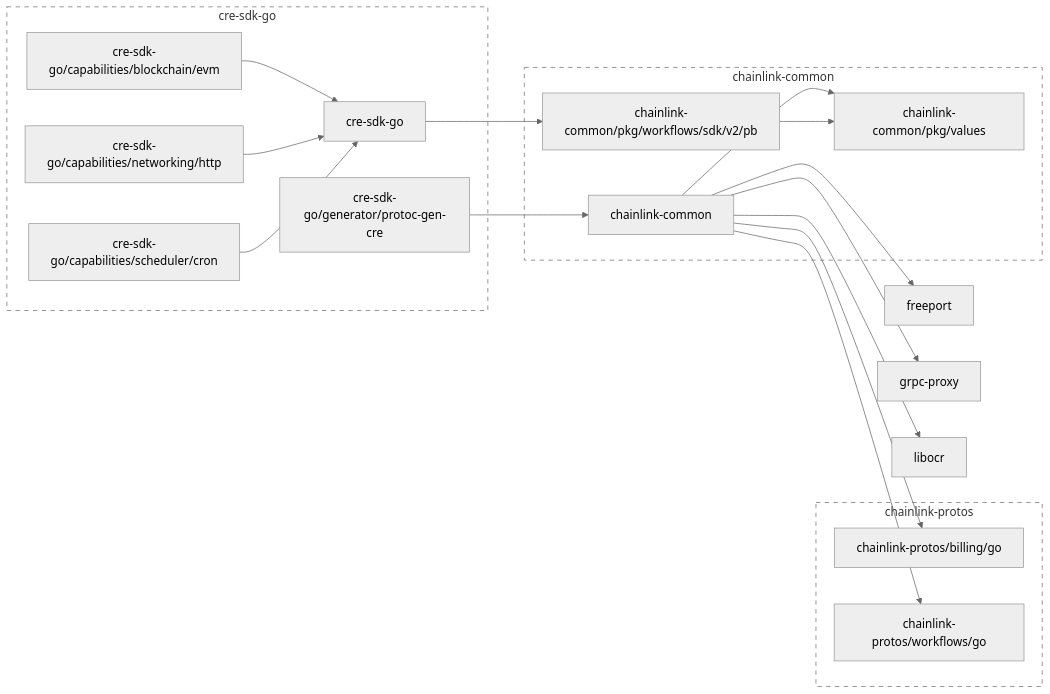
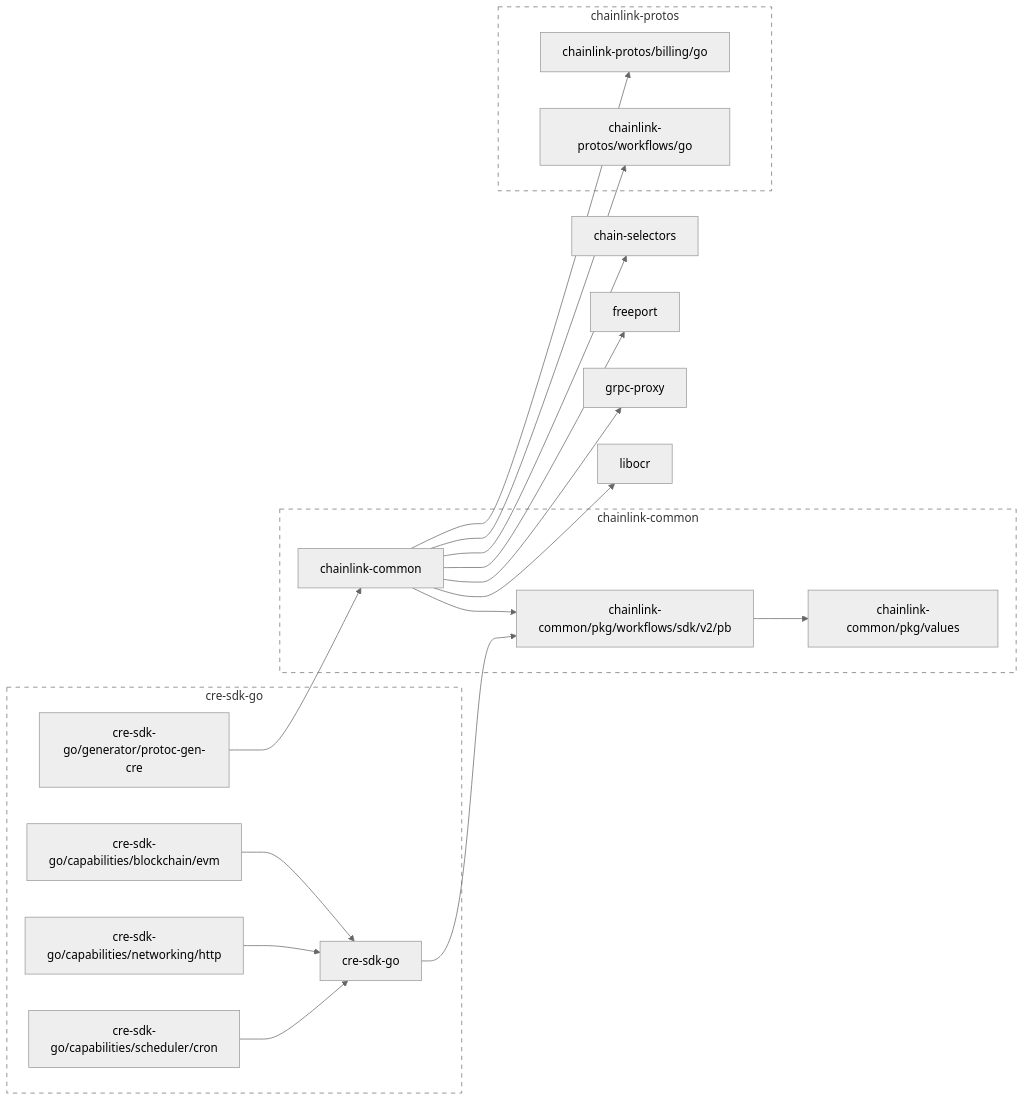
Before and after one commit to smartcontractkit/cre-sdk-go: the diagram in go.md, drawn with Mermaid (neutral theme). The commit also changed 24 other files, not shown here.

````diff
--- a/go.md
+++ b/go.md
@@ -2,60 +2,63 @@
 ```mermaid
 flowchart LR
 
-	chainlink-common --> chainlink-common/pkg/values
+	chain-selectors
+	click chain-selectors href "https://github.com/smartcontractkit/chain-selectors"
+	chainlink-common --> chain-selectors
+	chainlink-common --> chainlink-common/pkg/workflows/sdk/v2/pb
 	chainlink-common --> chainlink-protos/billing/go
 	chainlink-common --> chainlink-protos/workflows/go
 	chainlink-common --> freeport
 	chainlink-common --> grpc-proxy
 	chainlink-common --> libocr
 	click chainlink-common href "https://github.com/smartcontractkit/chainlink-common"
 	chainlink-common/pkg/values
 	click chainlink-common/pkg/values href "https://github.com/smartcontractkit/chainlink-common"
 	chainlink-common/pkg/workflows/sdk/v2/pb --> chainlink-common/pkg/values
 	click chainlink-common/pkg/workflows/sdk/v2/pb href "https://github.com/smartcontractkit/chainlink-common"
 	chainlink-protos/billing/go
 	click chainlink-protos/billing/go href "https://github.com/smartcontractkit/chainlink-protos"
 	chainlink-protos/workflows/go
 	click chainlink-protos/workflows/go href "https://github.com/smartcontractkit/chainlink-protos"
 	cre-sdk-go --> chainlink-common/pkg/workflows/sdk/v2/pb
 	click cre-sdk-go href "https://github.com/smartcontractkit/cre-sdk-go"
 	cre-sdk-go/capabilities/blockchain/evm --> cre-sdk-go
 	click cre-sdk-go/capabilities/blockchain/evm href "https://github.com/smartcontractkit/cre-sdk-go"
 	cre-sdk-go/capabilities/networking/http --> cre-sdk-go
 	click cre-sdk-go/capabilities/networking/http href "https://github.com/smartcontractkit/cre-sdk-go"
 	cre-sdk-go/capabilities/scheduler/cron --> cre-sdk-go
 	click cre-sdk-go/capabilities/scheduler/cron href "https://github.com/smartcontractkit/cre-sdk-go"
 	cre-sdk-go/generator/protoc-gen-cre --> chainlink-common
 	click cre-sdk-go/generator/protoc-gen-cre href "https://github.com/smartcontractkit/cre-sdk-go"
 	freeport
 	click freeport href "https://github.com/smartcontractkit/freeport"
 	grpc-proxy
 	click grpc-proxy href "https://github.com/smartcontractkit/grpc-proxy"
 	libocr
 	click libocr href "https://github.com/smartcontractkit/libocr"
 
 	subgraph chainlink-common-repo[chainlink-common]
 		 chainlink-common
 		 chainlink-common/pkg/values
 		 chainlink-common/pkg/workflows/sdk/v2/pb
 	end
 	click chainlink-common-repo href "https://github.com/smartcontractkit/chainlink-common"
 
 	subgraph chainlink-protos-repo[chainlink-protos]
 		 chainlink-protos/billing/go
 		 chainlink-protos/workflows/go
 	end
 	click chainlink-protos-repo href "https://github.com/smartcontractkit/chainlink-protos"
 
 	subgraph cre-sdk-go-repo[cre-sdk-go]
 		 cre-sdk-go
 		 cre-sdk-go/capabilities/blockchain/evm
 		 cre-sdk-go/capabilities/networking/http
 		 cre-sdk-go/capabilities/scheduler/cron
 		 cre-sdk-go/generator/protoc-gen-cre
 	end
 	click cre-sdk-go-repo href "https://github.com/smartcontractkit/cre-sdk-go"
 
 	classDef outline stroke-dasharray:6,fill:none;
 	class chainlink-common-repo,chainlink-protos-repo,cre-sdk-go-repo outline
 ```
````
